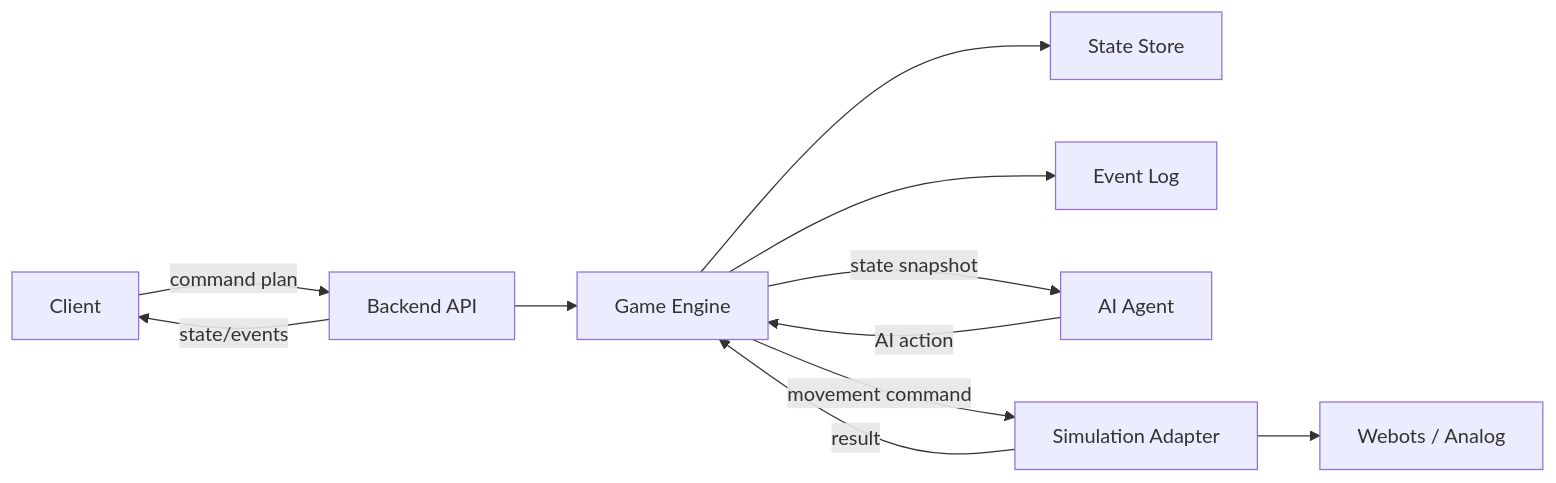
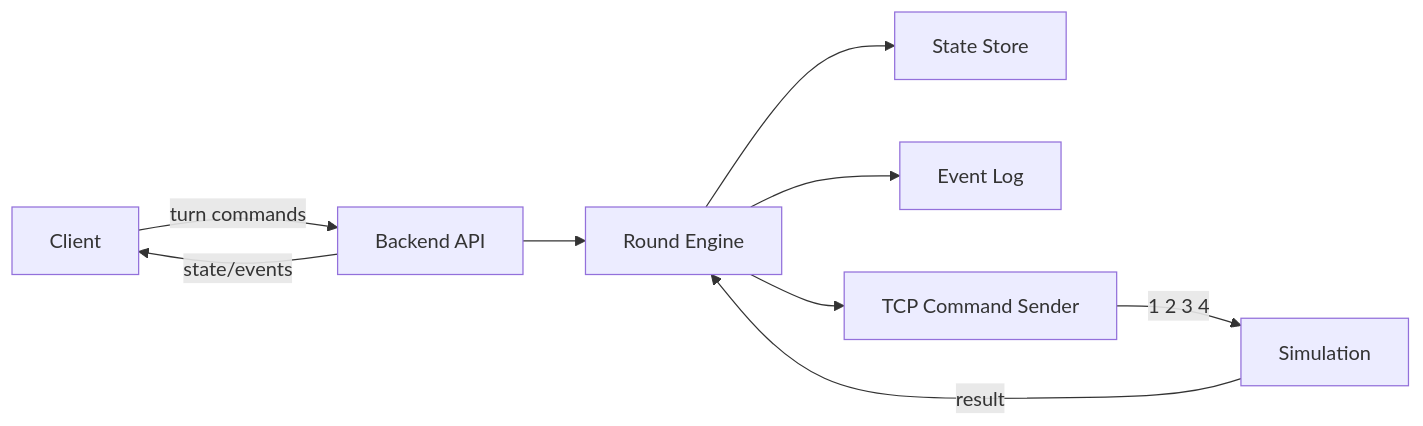
The diagram in docs/BACKEND_AI_DESIGN.md (Ulyan2k09/pictschool-2026), drawn with Mermaid before and after one commit. The commit also changed other lines of this file and 8 other files, not shown here.

````diff
--- a/docs/BACKEND_AI_DESIGN.md
+++ b/docs/BACKEND_AI_DESIGN.md
@@ -28,22 +44,19 @@
 ```mermaid
 flowchart LR
     Client["Client"]
     API["Backend API"]
-    Game["Game Engine"]
+    Engine["Round Engine"]
     Store["State Store"]
     Events["Event Log"]
-    Agent["AI Agent"]
-    Sim["Simulation Adapter"]
-    Webots["Webots / Analog"]
+    Tcp["TCP Command Sender"]
+    Sim["Simulation"]
 
-    Client -->|command plan| API
-    API --> Game
-    Game --> Store
-    Game --> Events
-    Game -->|movement command| Sim
-    Sim -->|result| Game
-    Sim --> Webots
-    Game -->|state snapshot| Agent
-    Agent -->|AI action| Game
+    Client -->|turn commands| API
+    API --> Engine
+    Engine --> Store
+    Engine --> Events
+    Engine --> Tcp
+    Tcp -->|1 2 3 4| Sim
+    Sim -->|result| Engine
     API -->|state/events| Client
 ```
````
